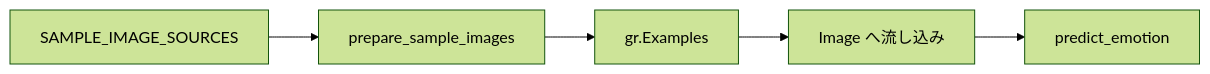
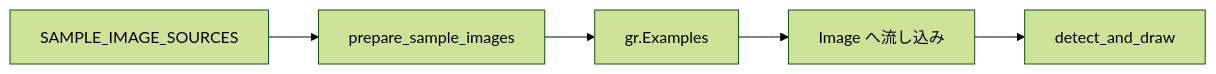
Before and after one commit to yryo1005/OpenCampus_Demo: the second of 2 diagrams in document.md, drawn with Mermaid (forest theme). The commit also changed other lines of this file and 4 other files, not shown here.

````diff
--- a/document.md
+++ b/document.md
@@ -49,7 +48,7 @@
 ```mermaid
 flowchart LR
     S1[SAMPLE_IMAGE_SOURCES] --> S2[prepare_sample_images]
     S2 --> S3[gr.Examples]
     S3 --> S4[Image へ流し込み]
-    S4 --> S5[predict_emotion]
+    S4 --> S5[detect_and_draw]
 ```
````
